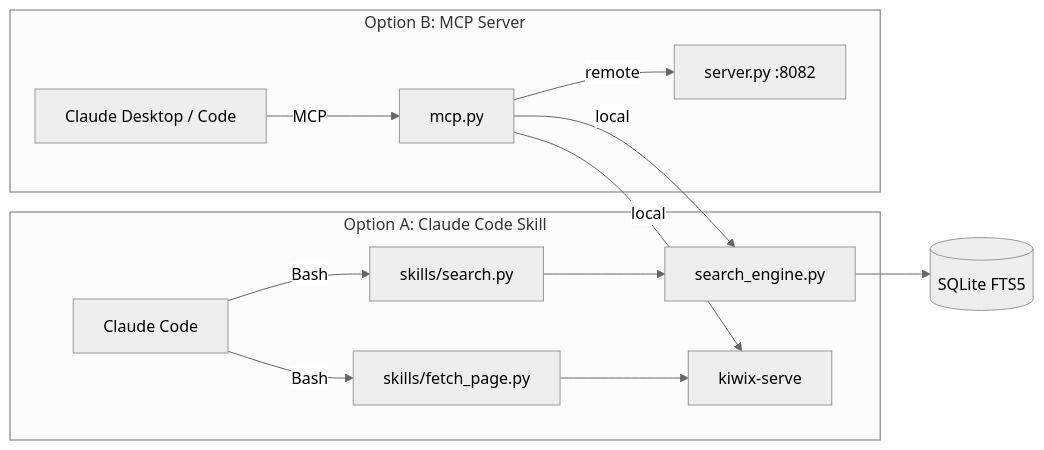
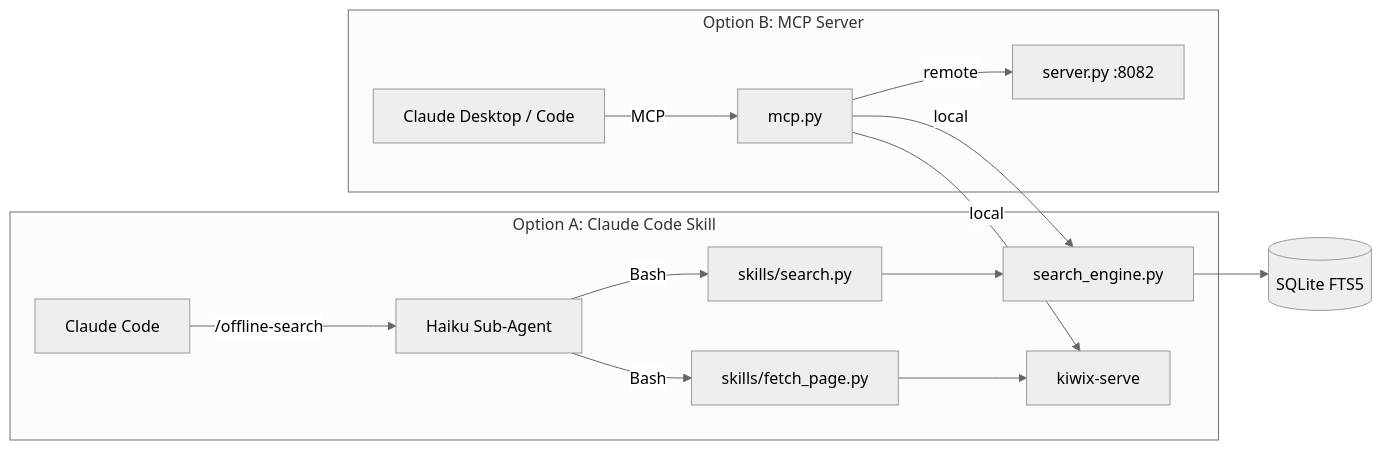
One commit to ArielIL/offline-web-search changed the diagram in README.md. Above: the diagram before and after it, drawn with Mermaid (neutral theme). The commit also changed other lines of this file and 10 other files, not shown here.

First line of the commit message:
feat: add Haiku sub-agent and compact format for token-efficient search (#8)

````diff
--- a/README.md
+++ b/README.md
@@ -11,18 +11,19 @@
 ```mermaid
 graph LR
     subgraph "Option A: Claude Code Skill"
-        CC1[Claude Code] -->|Bash| S1[skills/search.py]
-        CC1 -->|Bash| S2[skills/fetch_page.py]
+        CC1[Claude Code] -->|"/offline-search"| HA[Haiku Sub-Agent]
+        HA -->|Bash| S1[skills/search.py]
+        HA -->|Bash| S2[skills/fetch_page.py]
         S1 --> SE[search_engine.py]
         S2 --> K1[kiwix-serve]
     end
 
     subgraph "Option B: MCP Server"
         CC2[Claude Desktop / Code] -->|MCP| M[mcp.py]
         M -->|local| SE
         M -->|local| K1
         M -->|remote| API[server.py :8082]
     end
 
     SE --> DB[(SQLite FTS5)]
 ```
````
